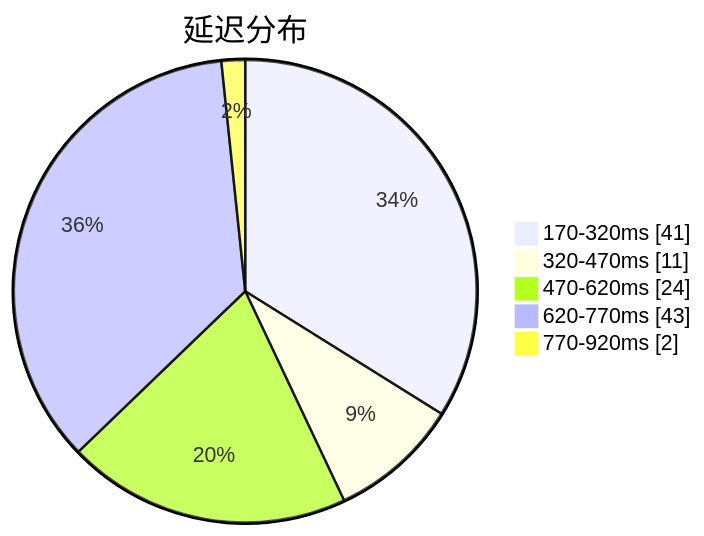
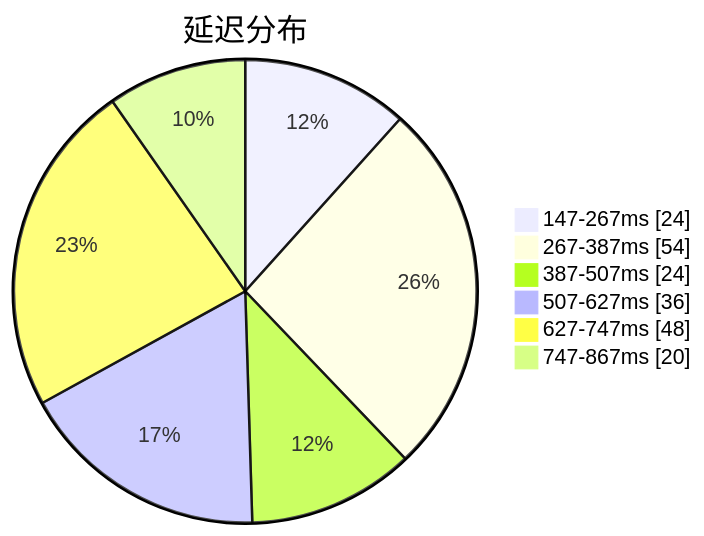
One commit to qjlxg/airport changed the first of 3 diagrams in subs/statistics/tested_within.md. Above: the diagram before and after it, drawn with Mermaid. The commit also changed other lines of this file and 2 other files, not shown here.

````diff
--- a/subs/statistics/tested_within.md
+++ b/subs/statistics/tested_within.md
@@ -2,9 +2,10 @@
 ```mermaid
 pie showData
 title 延迟分布
-"170-320ms" : 41
-"320-470ms" : 11
-"470-620ms" : 24
-"620-770ms" : 43
-"770-920ms" : 2
+"147-267ms" : 24
+"267-387ms" : 54
+"387-507ms" : 24
+"507-627ms" : 36
+"627-747ms" : 48
+"747-867ms" : 20
 ```
````
